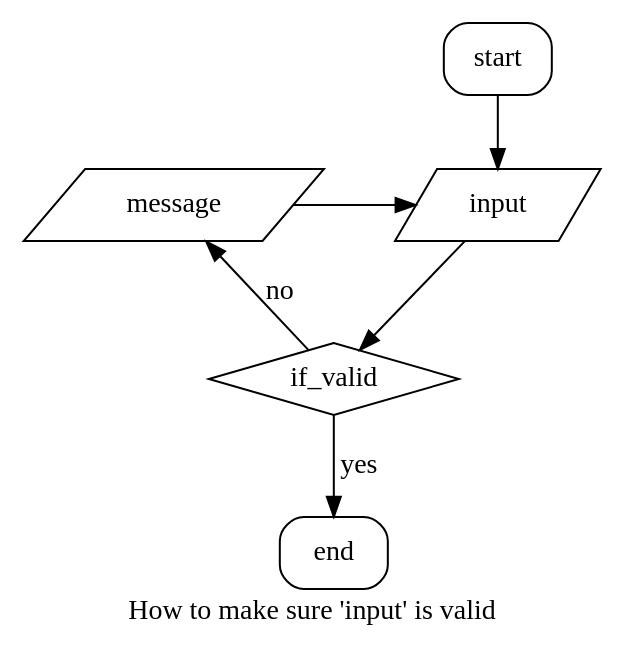
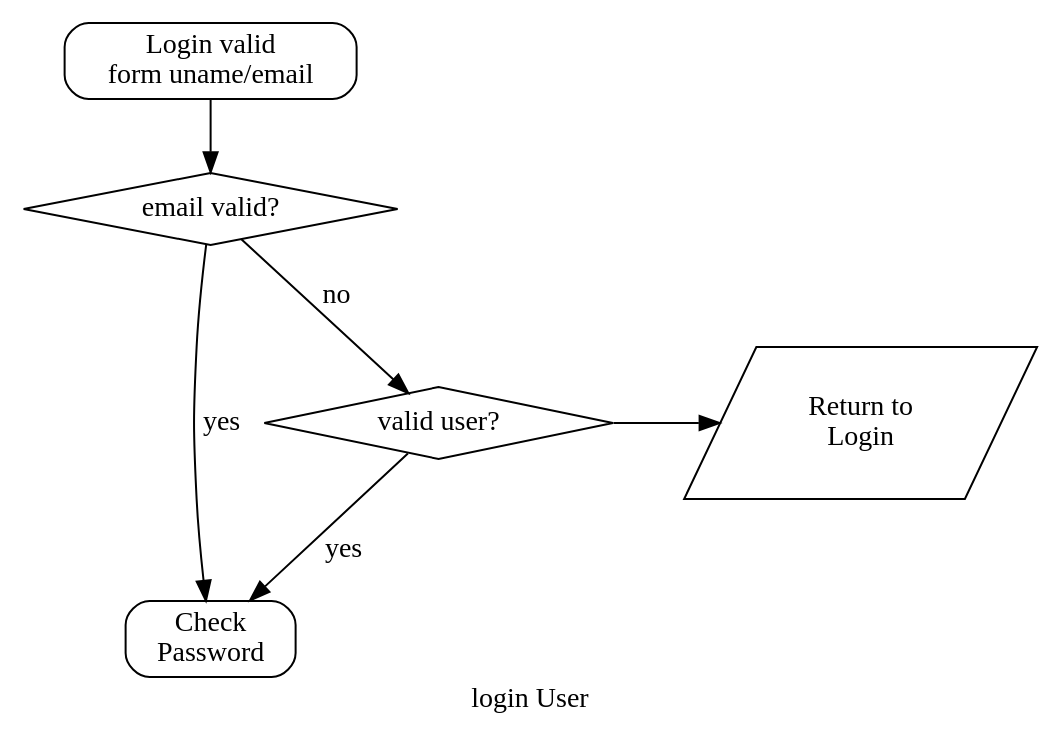
Before and after one commit to mbrick02/PHPMBBlog: the diagram in app/flowChartTst.dot, drawn with Graphviz. The commit also changed 3 other files, not shown here.

Commit message:
may delete familyTree and Flowcharts versions

```diff
--- a/app/flowChartTst.dot
+++ b/app/flowChartTst.dot
@@ -1,18 +1,18 @@
 digraph {
-    label="How to make sure 'input' is valid";
+    label="login User";
 
     node[shape="box", style="rounded"]
-       start; end;
+       start [label="Login valid\nform uname/email"]; end[label="Check\nPassword"];
     node[shape="parallelogram", style=""]
-       message; input;
+       input[label="Return to\nLogin"];
     node[shape="diamond", style=""]
-       if_valid;
+       validU_c [label="valid user?"]; email_c [label="email valid?"];
 
-    start -> input;
-    input -> if_valid;
-    if_valid -> message[label="no"];
-    if_valid -> end[label="yes"];
-    message -> input;
+    start -> email_c;
+    email_c -> validU_c[label="no"];
+    email_c -> end[label="yes"];
+    validU_c -> end[label="yes"]
+    validU_c -> input;
 
-    {rank=same; message input}
+    {rank=same; validU_c input}
 }
```
